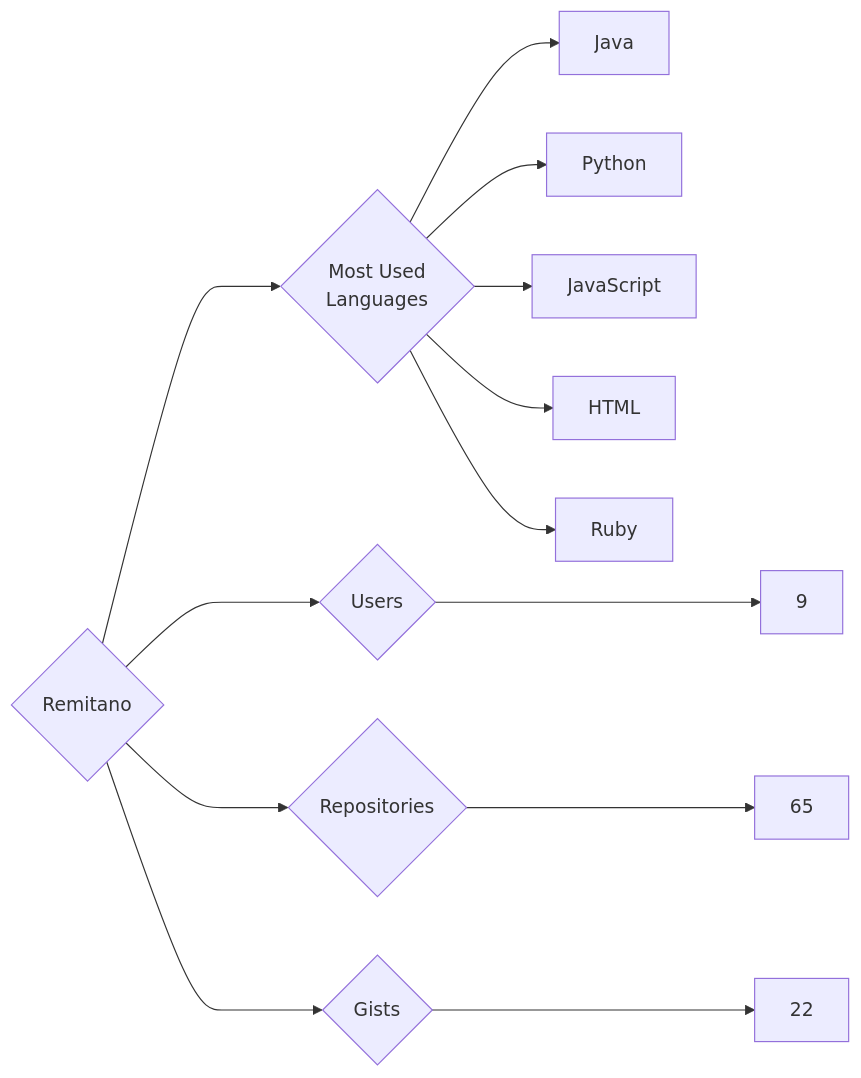
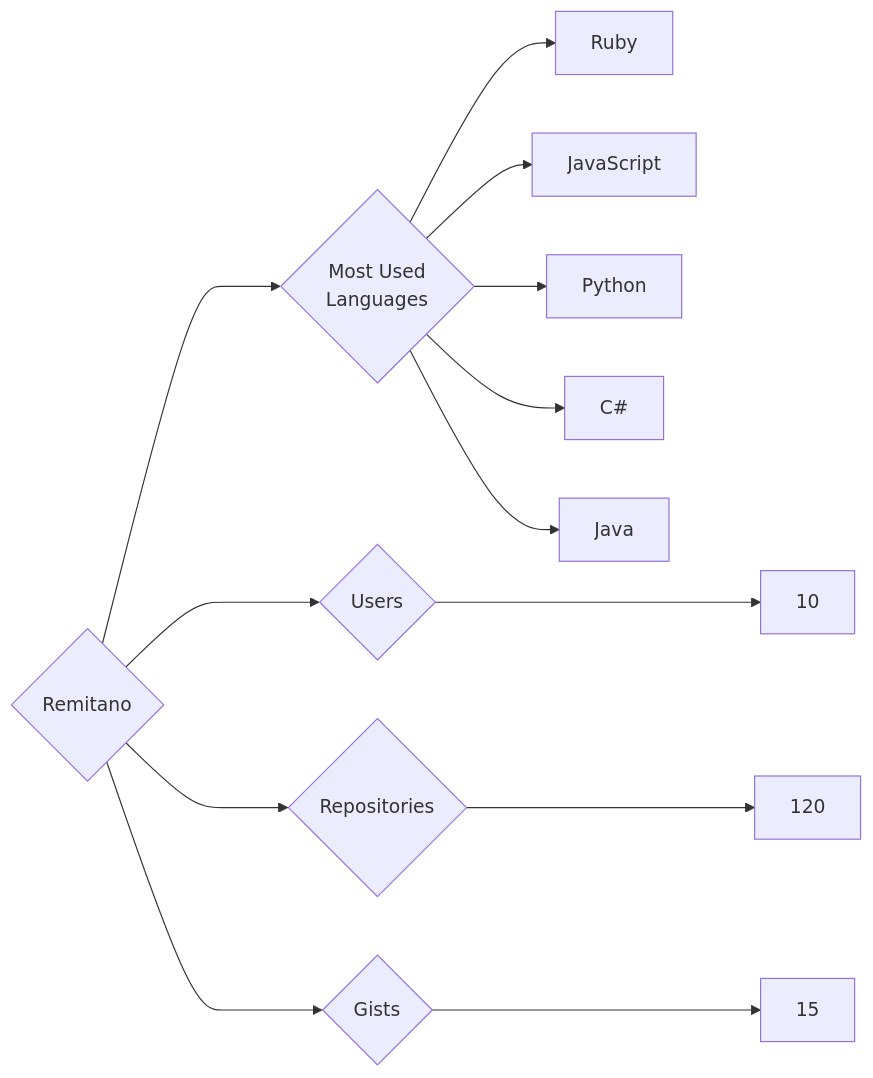
Before and after one commit to trickest/insiders: the diagram in targets/Remitano/README.md, drawn with Mermaid. The commit also changed 969 other files, not shown here.

````diff
--- a/targets/Remitano/README.md
+++ b/targets/Remitano/README.md
@@ -3,13 +3,13 @@
 ```mermaid
 graph LR
 COMPANY_NAME{Remitano}
-COMPANY_NAME ---> U{Users} ---> UN[9]
-COMPANY_NAME ---> R{Repositories} ---> RN[65]
-COMPANY_NAME ---> G{Gists} ---> GN[22]
+COMPANY_NAME ---> U{Users} ---> UN[10]
+COMPANY_NAME ---> R{Repositories} ---> RN[120]
+COMPANY_NAME ---> G{Gists} ---> GN[15]
 COMPANY_NAME ---> ML{Most Used<br>Languages}
+ML --> Ruby[Ruby]
+ML --> JavaScript[JavaScript]
+ML --> Python[Python]
+ML --> C#[C#]
 ML --> Java[Java]
-ML --> Python[Python]
-ML --> JavaScript[JavaScript]
-ML --> HTML[HTML]
-ML --> Ruby[Ruby]
 ```
````
